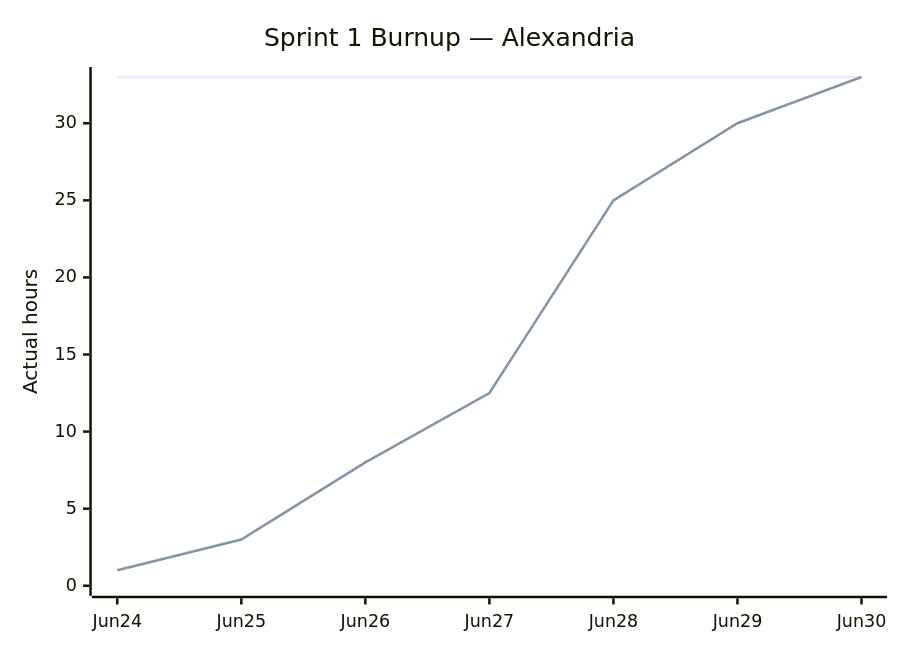
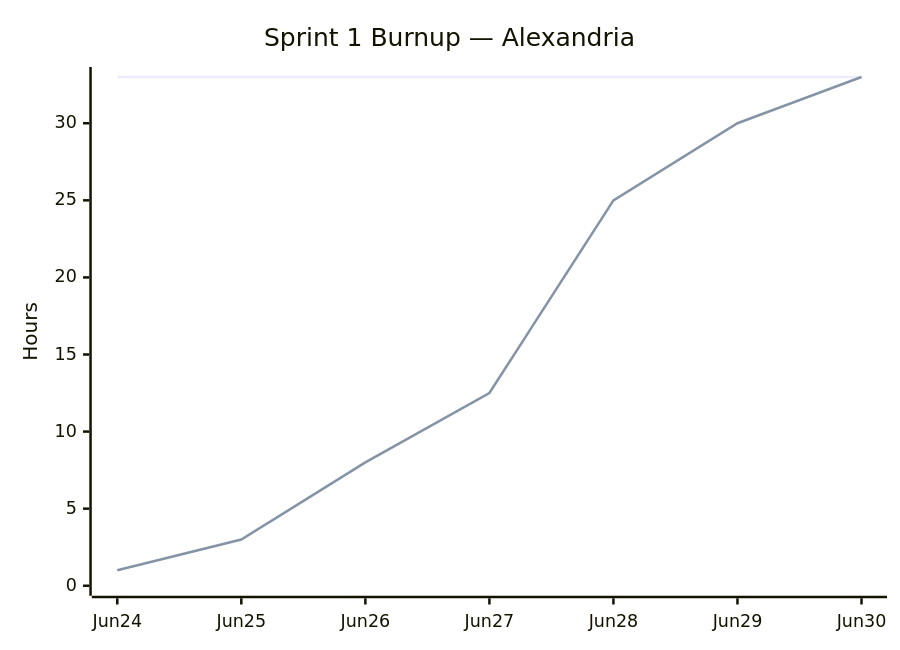
The diagram in docs/sprint-1-report.md (ucsc-cse115a-alexandria/alexandria), drawn with Mermaid before and after one commit. The commit also changed other lines of this file, not shown here.

Commit message:
docs: update Sprint 1 burnup chart for clarity and accuracy

````diff
--- a/docs/sprint-1-report.md
+++ b/docs/sprint-1-report.md
@@ -71,8 +69,8 @@
 ```mermaid
 xychart-beta
     title "Sprint 1 Burnup — Alexandria"
     x-axis [Jun24, Jun25, Jun26, Jun27, Jun28, Jun29, Jun30]
-    y-axis "Actual hours" 0 --> 33
+    y-axis "Hours" 0 --> 33
     line [33, 33, 33, 33, 33, 33, 33]
     line [1, 3, 8, 12.5, 25, 30, 33]
 ```
````
